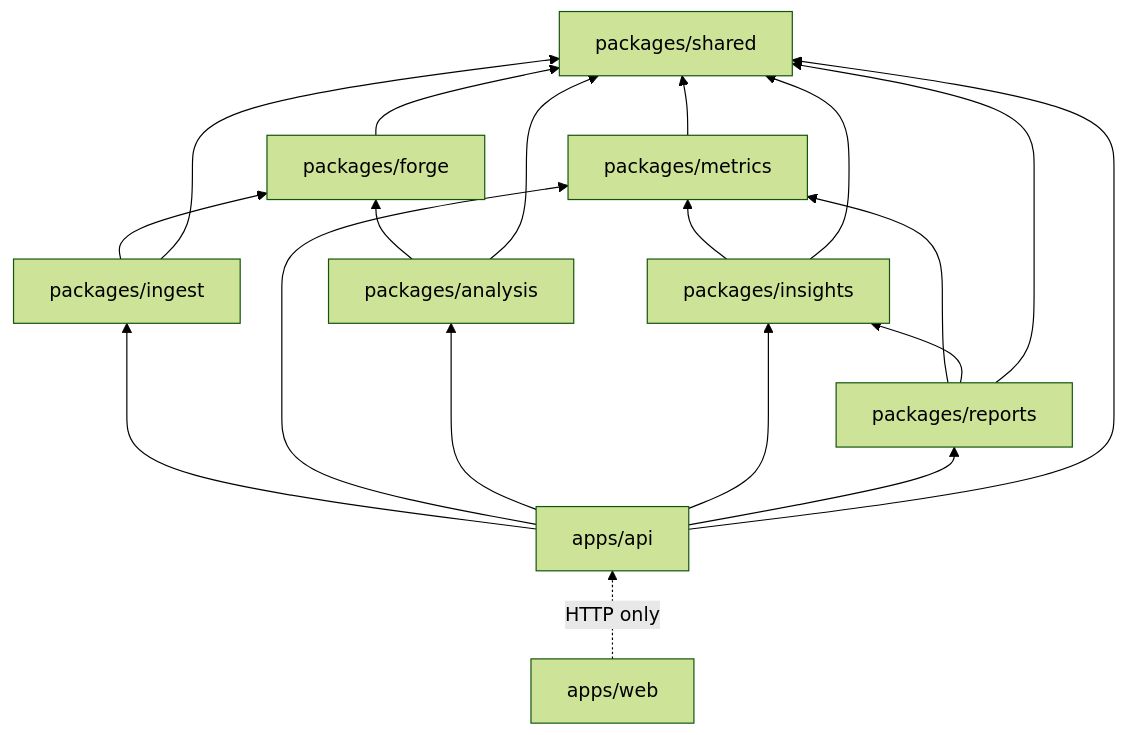
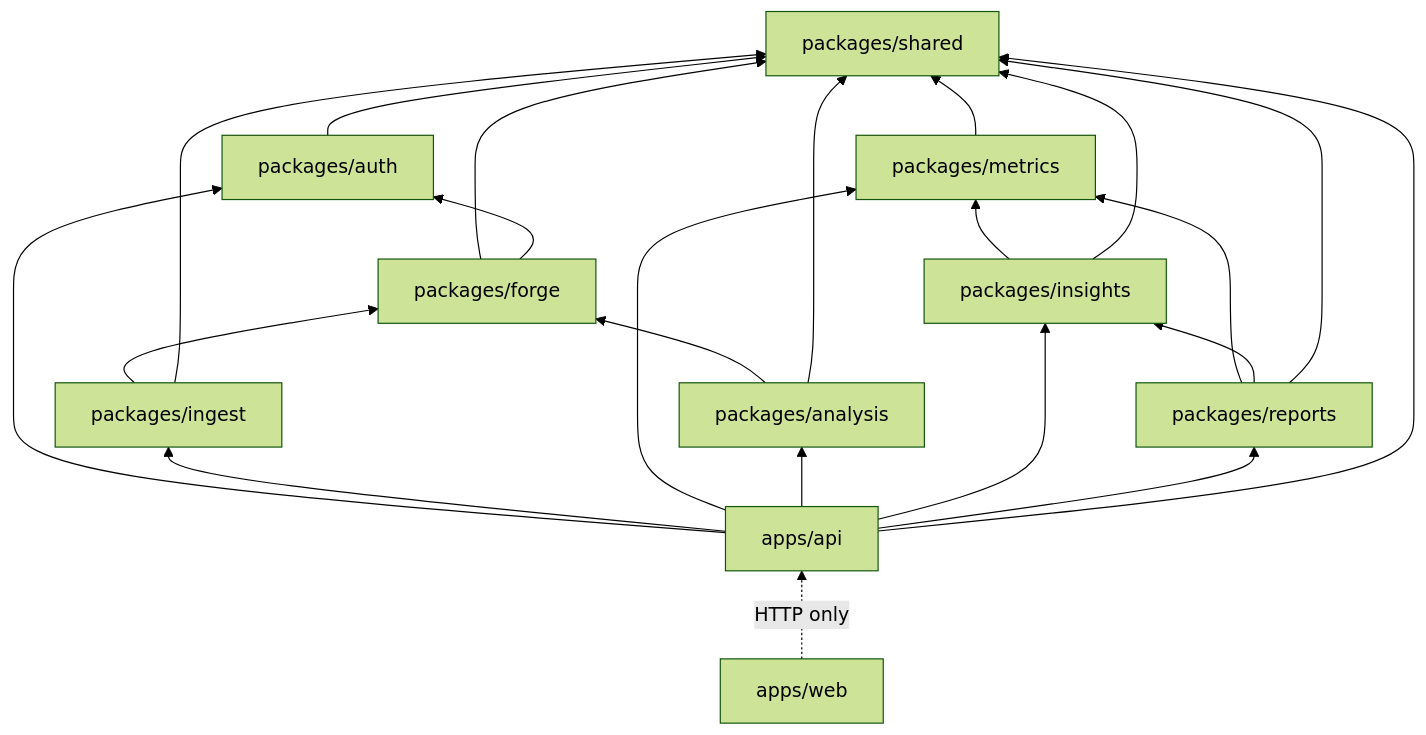
One commit to bpmforge/repopulse changed the third of 8 diagrams in docs/ARCHITECTURE.md. Above: the diagram before and after it, drawn with Mermaid (forest theme). The commit also changed other lines of this file and 7 other files, not shown here.

````diff
--- a/docs/ARCHITECTURE.md
+++ b/docs/ARCHITECTURE.md
@@ -88,12 +94,13 @@
 ```mermaid
 graph BT
     shared[packages/shared]
-    forge[packages/forge] --> shared
+    auth[packages/auth] --> shared
+    forge[packages/forge] --> shared & auth
     ingest[packages/ingest] --> forge & shared
     metrics[packages/metrics] --> shared
     analysis[packages/analysis] --> forge & shared
     insights[packages/insights] --> metrics & shared
     reports[packages/reports] --> metrics & insights & shared
-    api[apps/api] --> ingest & metrics & analysis & insights & reports & shared
+    api[apps/api] --> auth & ingest & metrics & analysis & insights & reports & shared
     web[apps/web] -.->|HTTP only| api
 ```
````
